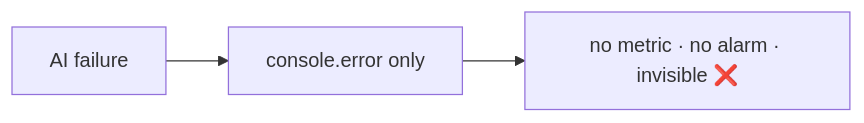
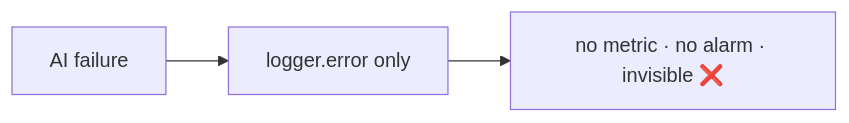
The first of 2 diagrams in docs/specifications/ai_features/stories/AIA-06-ai-observability.md (FixFlow-AI/FixFlow-AI-web), drawn with Mermaid before and after one commit. The commit also changed other lines of this file and 13 other files, not shown here.

````diff
--- a/docs/specifications/ai_features/stories/AIA-06-ai-observability.md
+++ b/docs/specifications/ai_features/stories/AIA-06-ai-observability.md
@@ -29,5 +31,5 @@
 ```mermaid
 flowchart LR
-    F[AI failure] --> L[console.error only]
+    F[AI failure] --> L[logger.error only]
     L --> X[no metric · no alarm · invisible ❌]
 ```
````
